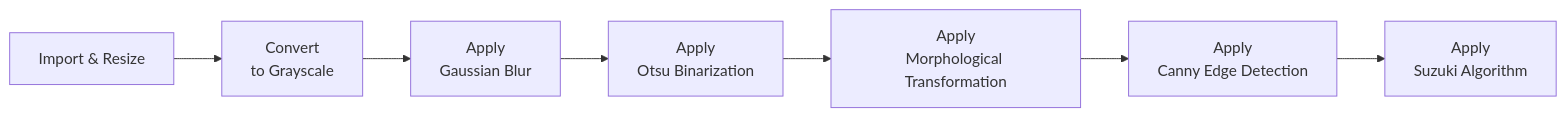
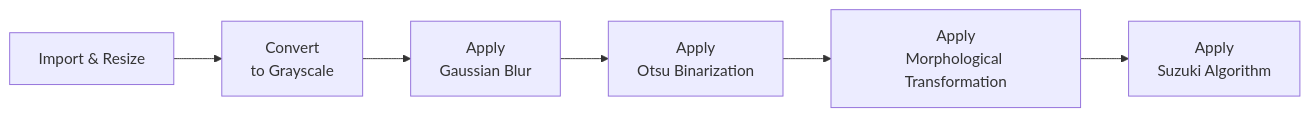
One commit to krieger1512/Bild1_Segmentation changed the second of 3 diagrams in README.md. Above: the diagram before and after it, drawn with Mermaid. The commit also changed other lines of this file and 8 other files, not shown here.

````diff
--- a/README.md
+++ b/README.md
@@ -262,19 +264,17 @@
 ```mermaid
 flowchart LR
   import_resize[Import & Resize]
 
   convert_grayscale[Convert\nto Grayscale]
 
   gaussian_blur[Apply\nGaussian Blur]
 
   otsu[Apply\nOtsu Binarization]
 
   morph[Apply\nMorphological Transformation]
 
-  canny[Apply\nCanny Edge Detection]
-
   suzuki[Apply\nSuzuki Algorithm]
   
-  import_resize --> convert_grayscale --> gaussian_blur --> otsu --> morph --> canny --> suzuki
+  import_resize --> convert_grayscale --> gaussian_blur --> otsu --> morph --> suzuki 
   
 ```
````
